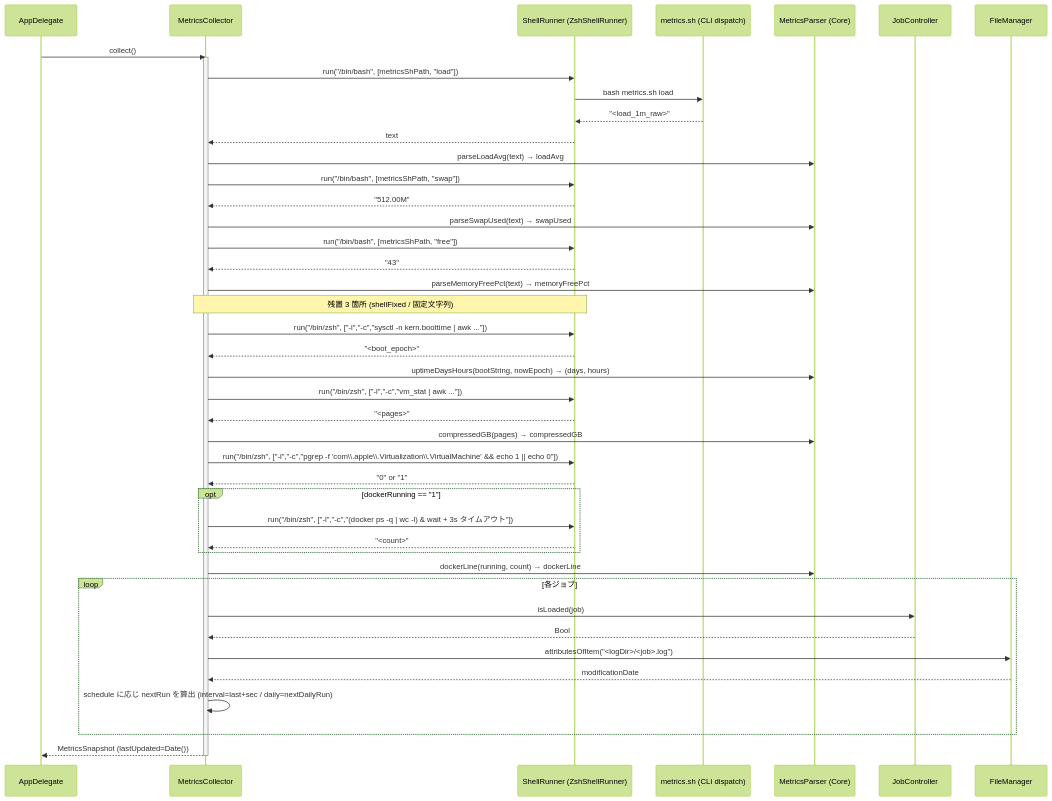
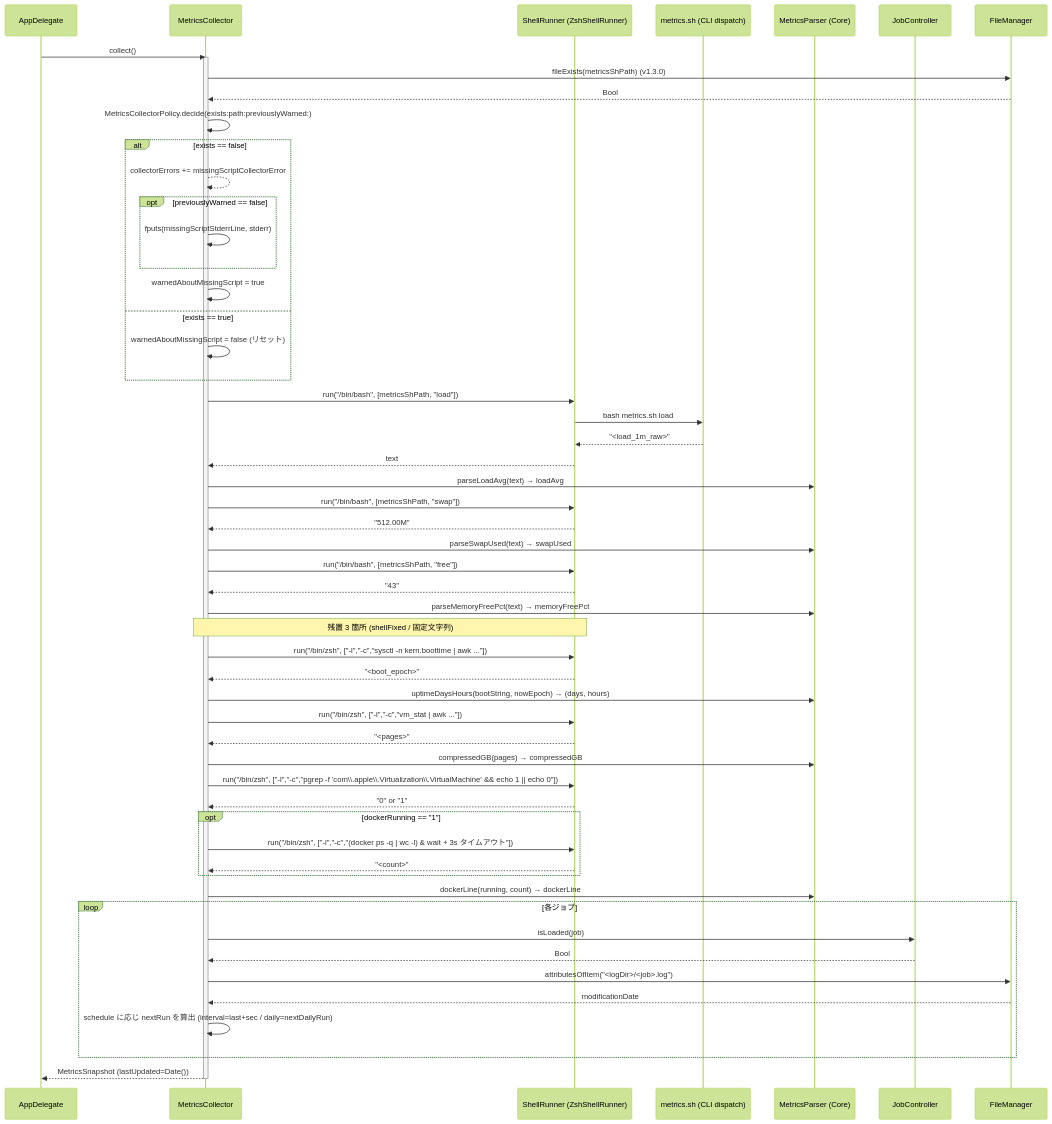
The diagram in docs/04_機能設計/メトリクス収集/README.md (RUA-PROM/mac-healh-keeper), drawn with Mermaid (forest theme) before and after one commit. The commit also changed other lines of this file and 37 other files, not shown here.

````diff
--- a/docs/04_機能設計/メトリクス収集/README.md
+++ b/docs/04_機能設計/メトリクス収集/README.md
@@ -24,55 +25,68 @@
 ```mermaid
 sequenceDiagram
     participant AD as AppDelegate
     participant MC as MetricsCollector
     participant SR as ShellRunner (ZshShellRunner)
     participant MS as metrics.sh (CLI dispatch)
     participant MP as MetricsParser (Core)
     participant JC as JobController
     participant FM as FileManager
 
     AD->>MC: collect()
     activate MC
+
+    MC->>FM: fileExists(metricsShPath) (v1.3.0)
+    FM-->>MC: Bool
+    MC->>MC: MetricsCollectorPolicy.decide(exists:path:previouslyWarned:)
+    alt exists == false
+        MC-->>MC: collectorErrors += missingScriptCollectorError
+        opt previouslyWarned == false
+            MC->>MC: fputs(missingScriptStderrLine, stderr)
+        end
+        MC->>MC: warnedAboutMissingScript = true
+    else exists == true
+        MC->>MC: warnedAboutMissingScript = false (リセット)
+    end
 
     MC->>SR: run("/bin/bash", [metricsShPath, "load"])
     SR->>MS: bash metrics.sh load
     MS-->>SR: "<load_1m_raw>"
     SR-->>MC: text
     MC->>MP: parseLoadAvg(text) → loadAvg
 
     MC->>SR: run("/bin/bash", [metricsShPath, "swap"])
     SR-->>MC: "512.00M"
     MC->>MP: parseSwapUsed(text) → swapUsed
 
     MC->>SR: run("/bin/bash", [metricsShPath, "free"])
     SR-->>MC: "43"
     MC->>MP: parseMemoryFreePct(text) → memoryFreePct
 
     Note over MC,SR: 残置 3 箇所 (shellFixed / 固定文字列)
     MC->>SR: run("/bin/zsh", ["-l","-c","sysctl -n kern.boottime | awk ..."])
     SR-->>MC: "<boot_epoch>"
     MC->>MP: uptimeDaysHours(bootString, nowEpoch) → (days, hours)
 
     MC->>SR: run("/bin/zsh", ["-l","-c","vm_stat | awk ..."])
     SR-->>MC: "<pages>"
     MC->>MP: compressedGB(pages) → compressedGB
 
     MC->>SR: run("/bin/zsh", ["-l","-c","pgrep -f 'com\\.apple\\.Virtualization\\.VirtualMachine' && echo 1 || echo 0"])
     SR-->>MC: "0" or "1"
     opt dockerRunning == "1"
         MC->>SR: run("/bin/zsh", ["-l","-c","(docker ps -q | wc -l) & wait + 3s タイムアウト"])
         SR-->>MC: "<count>"
     end
     MC->>MP: dockerLine(running, count) → dockerLine
 
     loop 各ジョブ
         MC->>JC: isLoaded(job)
         JC-->>MC: Bool
         MC->>FM: attributesOfItem("<logDir>/<job>.log")
         FM-->>MC: modificationDate
         MC->>MC: schedule に応じ nextRun を算出 (interval=last+sec / daily=nextDailyRun)
     end
 
     MC-->>AD: MetricsSnapshot (lastUpdated=Date())
     deactivate MC
 ```
````
